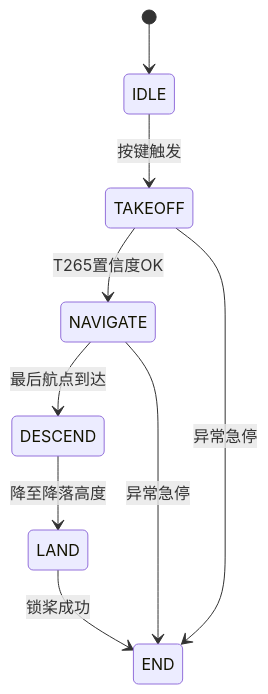
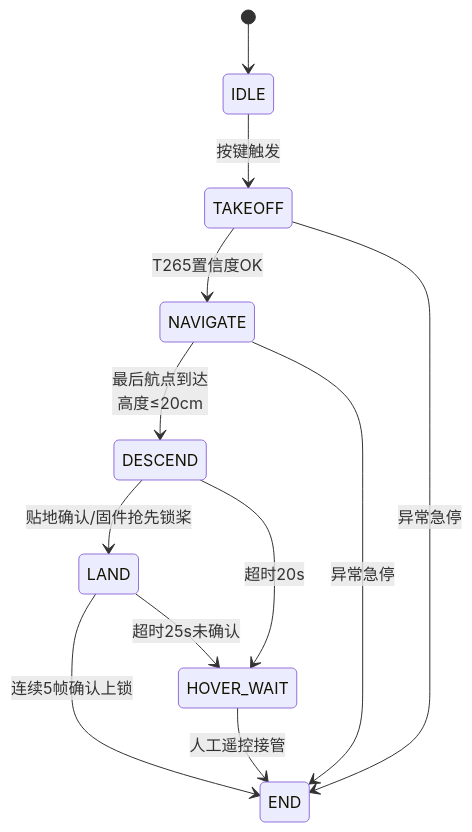
One commit to FDogeLover/AUV changed the diagram in docs/tutorial/docs/05-quick-start/dry-run.md. Above: the diagram before and after it, drawn with Mermaid. The commit also changed 15 other files, not shown here.

````diff
--- a/docs/tutorial/docs/05-quick-start/dry-run.md
+++ b/docs/tutorial/docs/05-quick-start/dry-run.md
@@ -51,11 +51,14 @@
 ```mermaid
 stateDiagram-v2
     [*] --> IDLE
     IDLE --> TAKEOFF: 按键触发
     TAKEOFF --> NAVIGATE: T265置信度OK
-    NAVIGATE --> DESCEND: 最后航点到达
-    DESCEND --> LAND: 降至降落高度
-    LAND --> END: 锁桨成功
+    NAVIGATE --> DESCEND: 最后航点到达<br/>高度≤20cm
+    DESCEND --> LAND: 贴地确认/固件抢先锁桨
+    LAND --> END: 连续5帧确认上锁
+    LAND --> HOVER_WAIT: 超时25s未确认
+    DESCEND --> HOVER_WAIT: 超时20s
+    HOVER_WAIT --> END: 人工遥控接管
     TAKEOFF --> END: 异常急停
     NAVIGATE --> END: 异常急停
 ```
````
